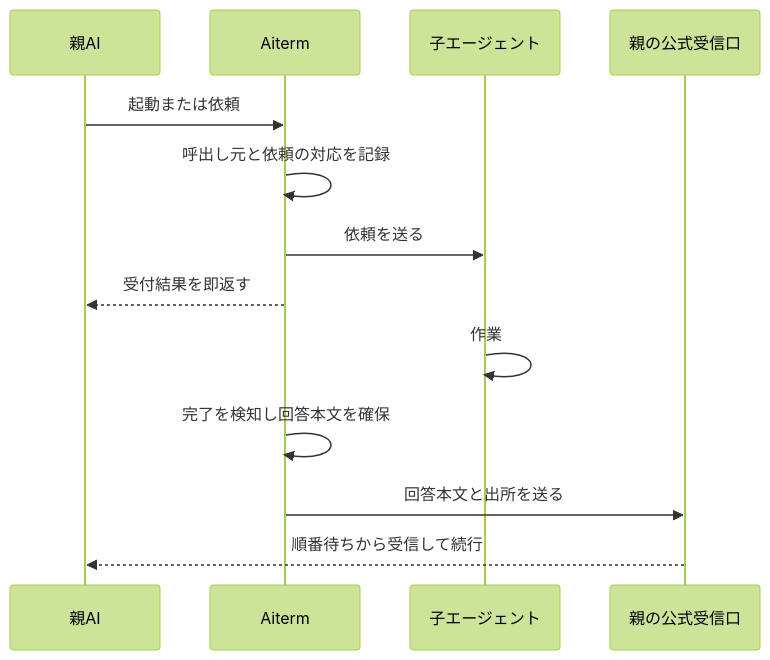
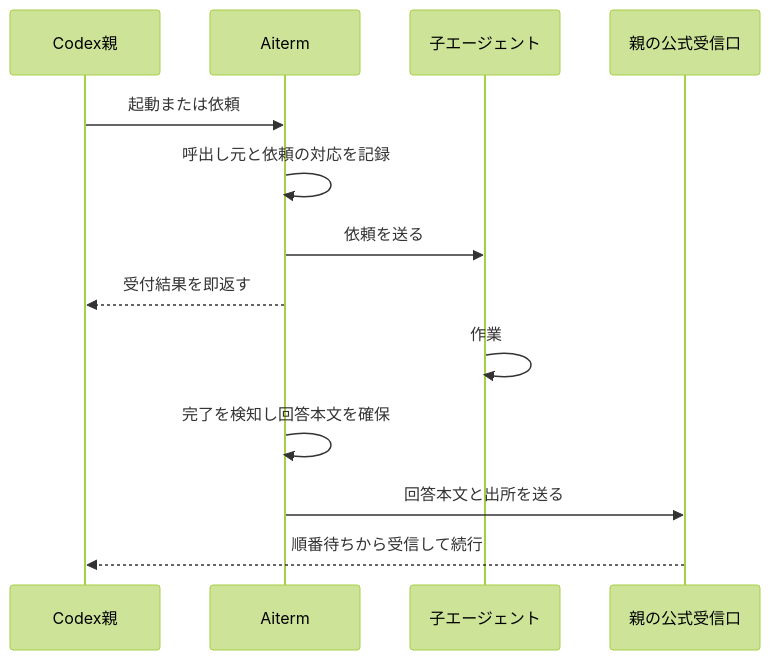
One commit to kitepon/aiterm-mcp changed the diagram in docs/plan_parent-result-delivery.md. Above: the diagram before and after it, drawn with Mermaid (forest theme). The commit also changed other lines of this file, not shown here.

````diff
--- a/docs/plan_parent-result-delivery.md
+++ b/docs/plan_parent-result-delivery.md
@@ -43,15 +42,15 @@
 ```mermaid
 sequenceDiagram
-    participant P as 親AI
+    participant P as Codex親
     participant A as Aiterm
     participant C as 子エージェント
     participant Q as 親の公式受信口
     P->>A: 起動または依頼
     A->>A: 呼出し元と依頼の対応を記録
     A->>C: 依頼を送る
     A-->>P: 受付結果を即返す
     C->>C: 作業
     A->>A: 完了を検知し回答本文を確保
     A->>Q: 回答本文と出所を送る
     Q-->>P: 順番待ちから受信して続行
 ```
````
